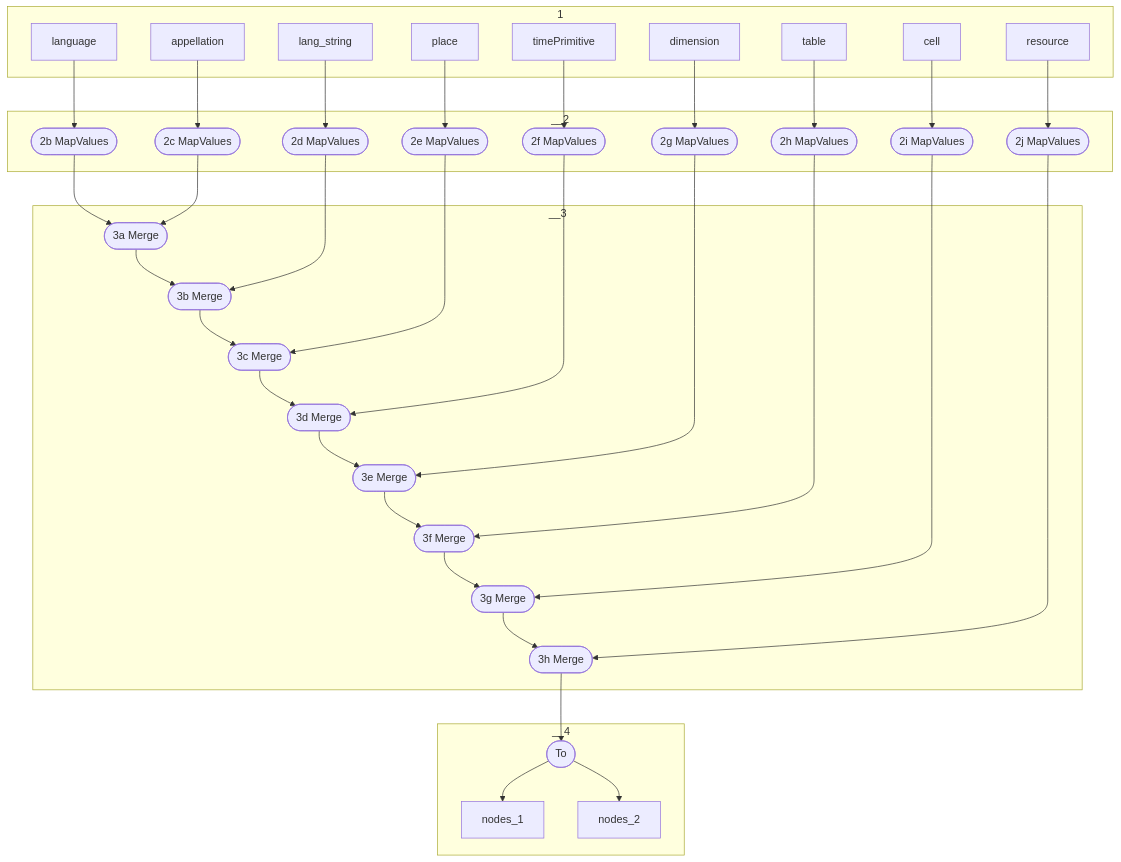
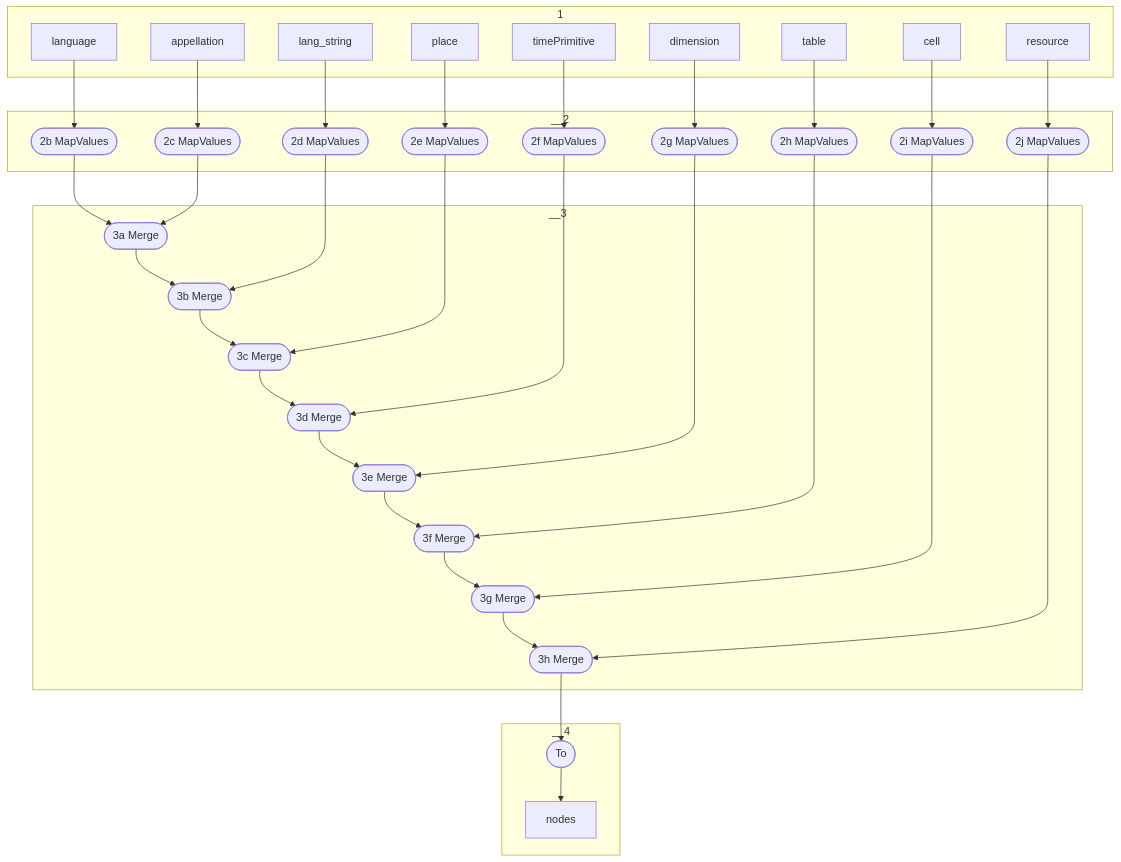
One commit to geovistory/toolbox-streams changed the diagram in app-0-nodes/src/main/java/org.geovistory.toolbox.streams.nodes/processors/Nodes.md. Above: the diagram before and after it, drawn with Mermaid. The commit also changed 3 other files, not shown here.

````diff
--- a/app-0-nodes/src/main/java/org.geovistory.toolbox.streams.nodes/processors/Nodes.md
+++ b/app-0-nodes/src/main/java/org.geovistory.toolbox.streams.nodes/processors/Nodes.md
@@ -5,52 +5,51 @@
 ```mermaid
 flowchart TD
     1b-->2b-->3a
     1c-->2c-->3a-->3b
     1d-->2d-->3b-->3c 
     1e-->2e-->3c-->3d 
     1f-->2f-->3d-->3e 
     1g-->2g-->3e-->3f
     1h-->2h-->3f-->3g 
     1i-->2i-->3g-->3h
     1j-->2j-->3h-->4c-->4d
-    4c-->4e
+
     subgraph 1
         1b[language]
         1c[appellation]
         1d[lang_string]
         1e[place]
         1f[timePrimitive]
         1g[dimension]
         1h[table]
         1i[cell]
         1j[resource]
     end
     subgraph __2
         2b([2b MapValues])
         2c([2c MapValues])
         2d([2d MapValues])
         2e([2e MapValues])
         2f([2f MapValues])
         2g([2g MapValues])
         2h([2h MapValues])
         2i([2i MapValues])
         2j([2j MapValues])
        
     end  
     subgraph __3
         3a([3a Merge])
         3b([3b Merge])
         3c([3c Merge])
         3d([3d Merge])
         3e([3e Merge])
         3f([3f Merge])
         3g([3g Merge])
         3h([3h Merge])
     end  
     subgraph __4
         4c([To])
-        4d[nodes_1]
-        4e[nodes_2]
+        4d[nodes]
     end  
     
 ```
````
